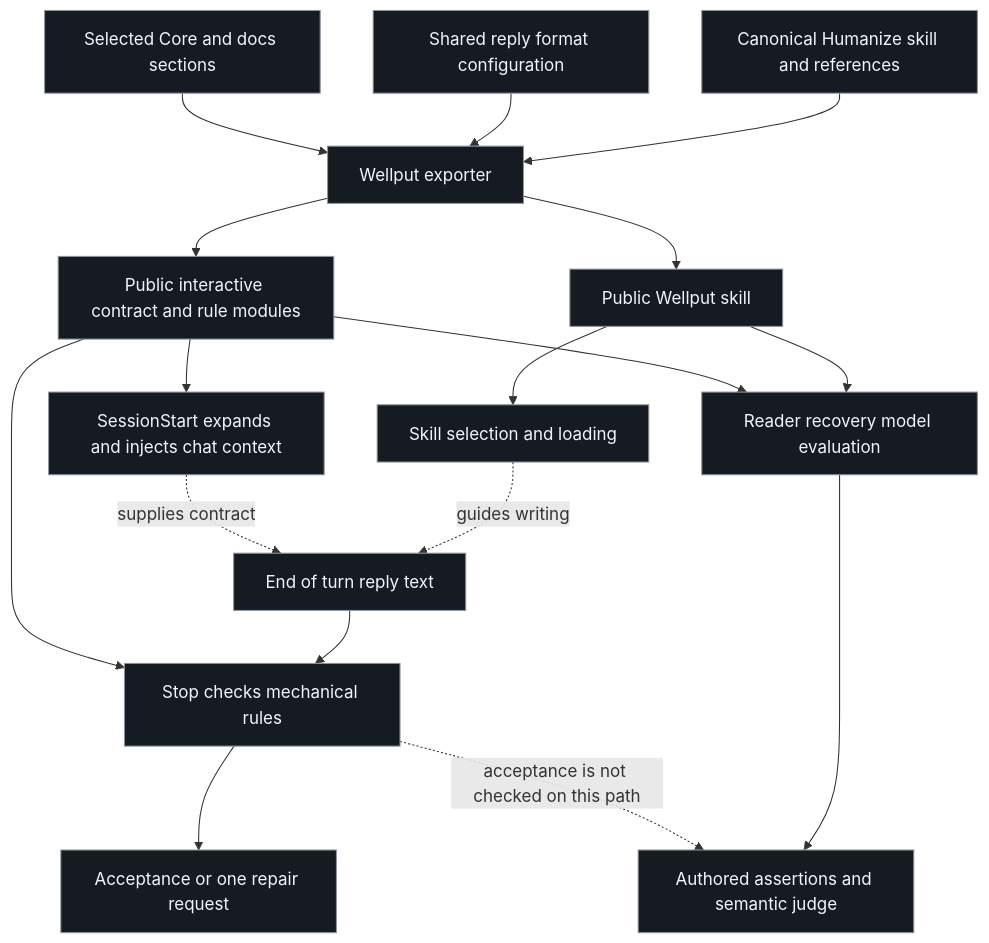
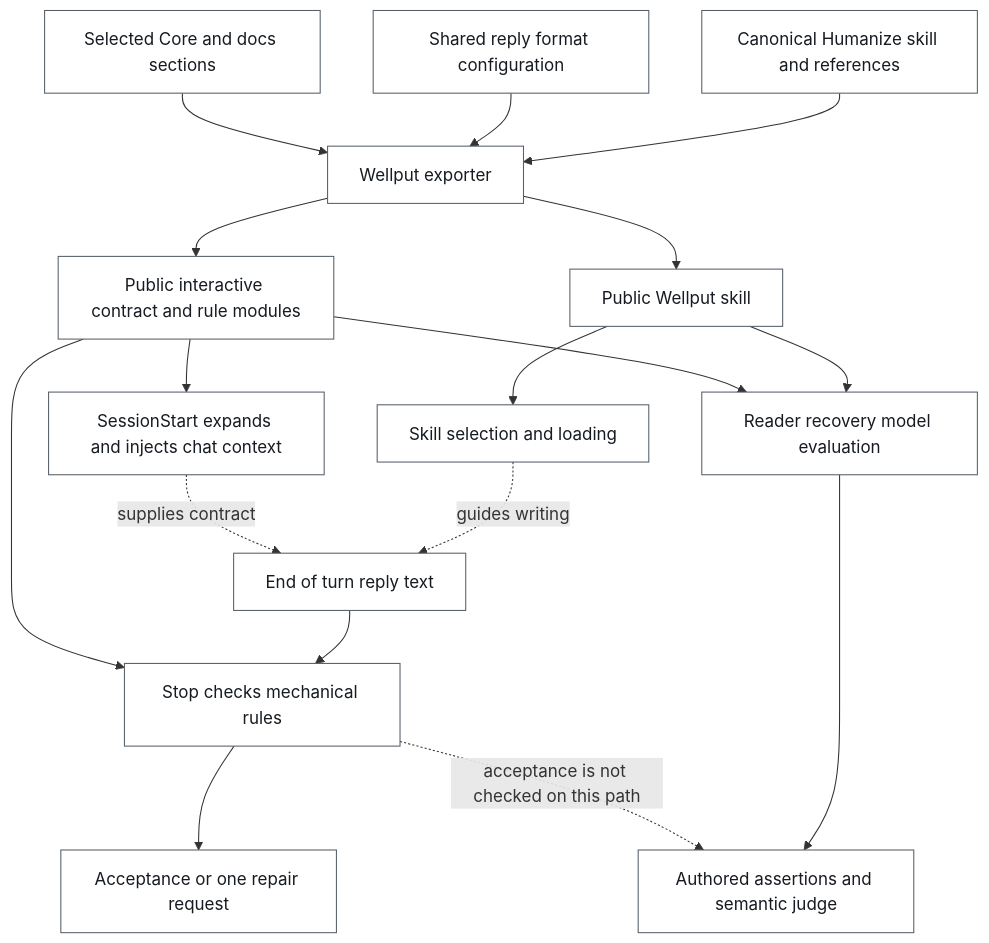
Before and after one commit to Castrozan/.dotfiles: the diagram in agent-harness/agent-instructions/wellput-plugin/skill-audit/relationships.md, drawn with Mermaid.

Commit message:
docs(wellput): keep diagram labels legible on GitHub
Agent-Machine: chise
Agent-Resume: codex resume 01a14c69-c86d-7852-a3d6-436312ba836e

````diff
--- a/agent-harness/agent-instructions/wellput-plugin/skill-audit/relationships.md
+++ b/agent-harness/agent-instructions/wellput-plugin/skill-audit/relationships.md
@@ -7,20 +7,20 @@
 ```mermaid
 flowchart TD
-  classDef default fill:#161b22,stroke:#8b949e,color:#f0f6fc
+  classDef default fill:#ffffff,stroke:#57606a,color:#161b22
   Source[Canonical Humanize skill and references] --> Export[Wellput exporter]
   Config[Shared reply format configuration] --> Export
   Core[Selected Core and docs sections] --> Export
   Export --> Skill[Public Wellput skill]
   Export --> Chat[Public interactive contract and rule modules]
   Skill --> Load[Skill selection and loading]
   Chat --> Start[SessionStart expands and injects chat context]
   Reply[End of turn reply text] --> Stop[Stop checks mechanical rules]
   Load -. guides writing .-> Reply
   Start -. supplies contract .-> Reply
   Chat --> Stop
   Stop --> Feedback[Acceptance or one repair request]
   Skill --> Eval[Reader recovery model evaluation]
   Chat --> Eval
   Eval --> Judge[Authored assertions and semantic judge]
   Stop -. acceptance is not checked on this path .-> Judge
 ```
````
